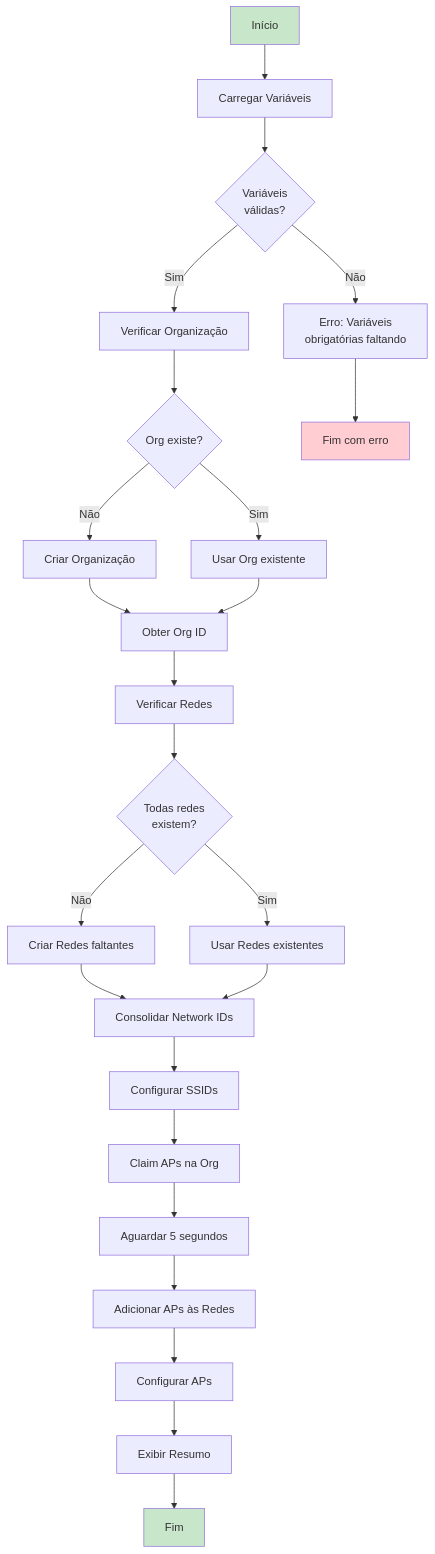
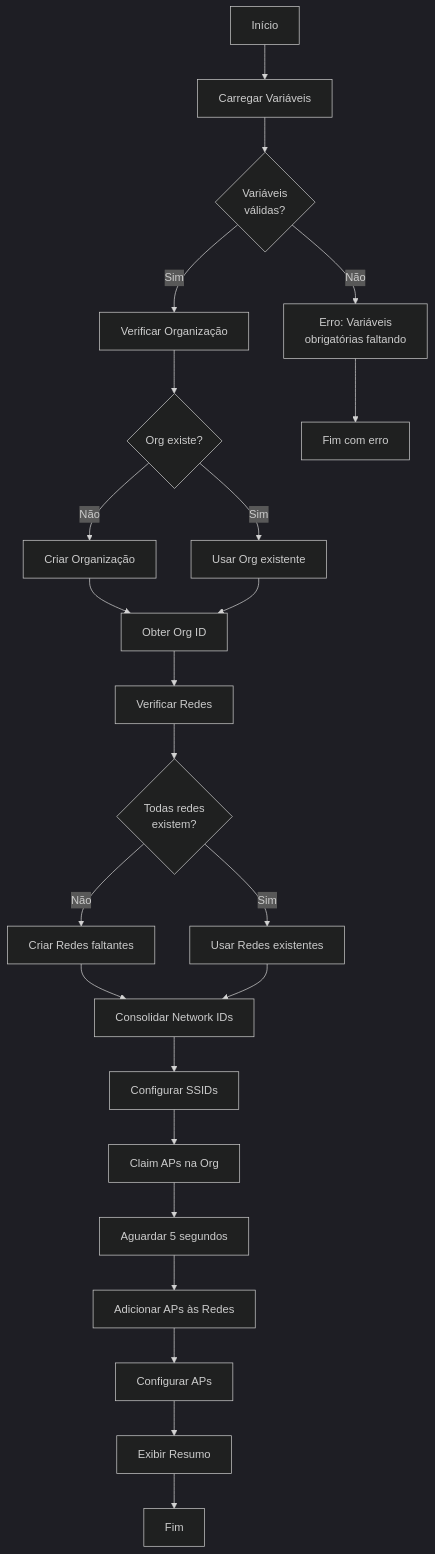
Before and after one commit to rodrigo-freitas-com/meraki-ansible: the sixth of 13 diagrams in docs/system-modeling.md, drawn with Mermaid. The commit also changed other lines of this file and 2 other files, not shown here.

````diff
--- a/docs/system-modeling.md
+++ b/docs/system-modeling.md
@@ -234,38 +232,35 @@
 ```mermaid
+%%{init: {'theme': 'dark'}}%%
 flowchart TD
     A[Início] --> B[Carregar Variáveis]
     B --> C{Variáveis<br/>válidas?}
 
     C -->|Não| D[Erro: Variáveis<br/>obrigatórias faltando]
     C -->|Sim| E[Verificar Organização]
 
     E --> F{Org existe?}
     F -->|Não| G[Criar Organização]
     F -->|Sim| H[Usar Org existente]
 
     G --> I[Obter Org ID]
     H --> I
 
     I --> J[Verificar Redes]
     J --> K{Todas redes<br/>existem?}
 
     K -->|Não| L[Criar Redes faltantes]
     K -->|Sim| M[Usar Redes existentes]
 
     L --> N[Consolidar Network IDs]
     M --> N
 
     N --> O[Configurar SSIDs]
     O --> P[Claim APs na Org]
     P --> Q[Aguardar 5 segundos]
     Q --> R[Adicionar APs às Redes]
     R --> S[Configurar APs]
     S --> T[Exibir Resumo]
     T --> U[Fim]
 
     D --> V[Fim com erro]
-
-    style A fill:#c8e6c9
-    style U fill:#c8e6c9
-    style V fill:#ffcdd2
 ```
````
